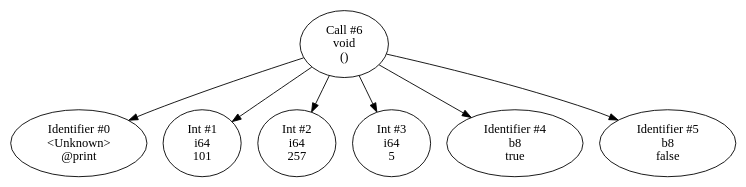
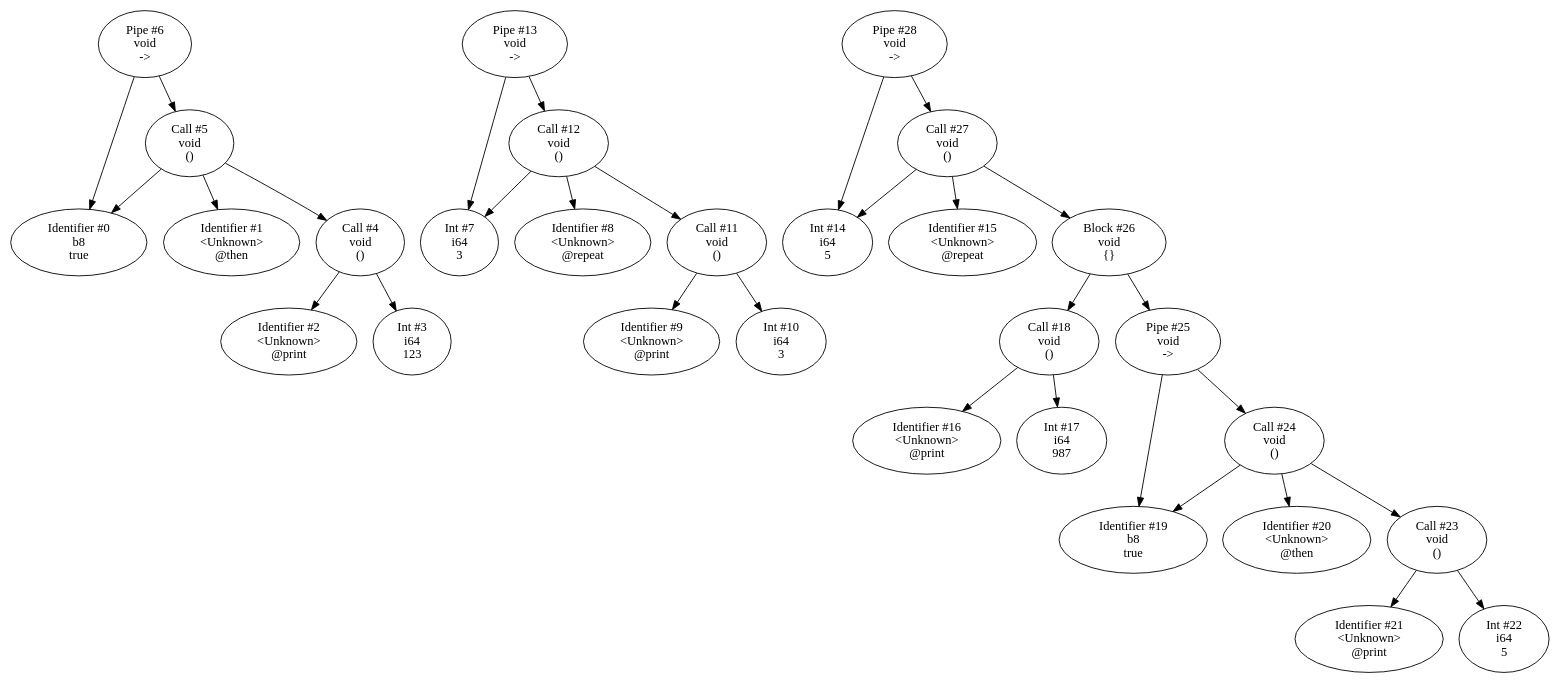
Before and after one commit to Nimaoth/OrbitLang: the diagram in examples/test.orb.gv, drawn with Graphviz. The commit also changed 10 other files, not shown here.

Commit message:
Refactored code execution into separate file and added @then and @repeat.

```diff
--- a/examples/test.orb.gv
+++ b/examples/test.orb.gv
@@ -1,8 +1,32 @@
 digraph Ast {
-    "Call #6\nvoid\n()" -> "Identifier #0\n<Unknown>\n@print"
-    "Call #6\nvoid\n()" -> "Int #1\ni64\n101"
-    "Call #6\nvoid\n()" -> "Int #2\ni64\n257"
-    "Call #6\nvoid\n()" -> "Int #3\ni64\n5"
-    "Call #6\nvoid\n()" -> "Identifier #4\nb8\ntrue"
-    "Call #6\nvoid\n()" -> "Identifier #5\nb8\nfalse"
+    "Pipe #6\nvoid\n->" -> "Identifier #0\nb8\ntrue"
+    "Pipe #6\nvoid\n->" -> "Call #5\nvoid\n()"
+    "Call #5\nvoid\n()" -> "Identifier #1\n<Unknown>\n@then"
+    "Call #5\nvoid\n()" -> "Call #4\nvoid\n()"
+    "Call #4\nvoid\n()" -> "Identifier #2\n<Unknown>\n@print"
+    "Call #4\nvoid\n()" -> "Int #3\ni64\n123"
+    "Call #5\nvoid\n()" -> "Identifier #0\nb8\ntrue"
+    "Pipe #13\nvoid\n->" -> "Int #7\ni64\n3"
+    "Pipe #13\nvoid\n->" -> "Call #12\nvoid\n()"
+    "Call #12\nvoid\n()" -> "Identifier #8\n<Unknown>\n@repeat"
+    "Call #12\nvoid\n()" -> "Call #11\nvoid\n()"
+    "Call #11\nvoid\n()" -> "Identifier #9\n<Unknown>\n@print"
+    "Call #11\nvoid\n()" -> "Int #10\ni64\n3"
+    "Call #12\nvoid\n()" -> "Int #7\ni64\n3"
+    "Pipe #28\nvoid\n->" -> "Int #14\ni64\n5"
+    "Pipe #28\nvoid\n->" -> "Call #27\nvoid\n()"
+    "Call #27\nvoid\n()" -> "Identifier #15\n<Unknown>\n@repeat"
+    "Call #27\nvoid\n()" -> "Block #26\nvoid\n{}"
+    "Block #26\nvoid\n{}" -> "Call #18\nvoid\n()"
+    "Call #18\nvoid\n()" -> "Identifier #16\n<Unknown>\n@print"
+    "Call #18\nvoid\n()" -> "Int #17\ni64\n987"
+    "Block #26\nvoid\n{}" -> "Pipe #25\nvoid\n->"
+    "Pipe #25\nvoid\n->" -> "Identifier #19\nb8\ntrue"
+    "Pipe #25\nvoid\n->" -> "Call #24\nvoid\n()"
+    "Call #24\nvoid\n()" -> "Identifier #20\n<Unknown>\n@then"
+    "Call #24\nvoid\n()" -> "Call #23\nvoid\n()"
+    "Call #23\nvoid\n()" -> "Identifier #21\n<Unknown>\n@print"
+    "Call #23\nvoid\n()" -> "Int #22\ni64\n5"
+    "Call #24\nvoid\n()" -> "Identifier #19\nb8\ntrue"
+    "Call #27\nvoid\n()" -> "Int #14\ni64\n5"
 }
```
